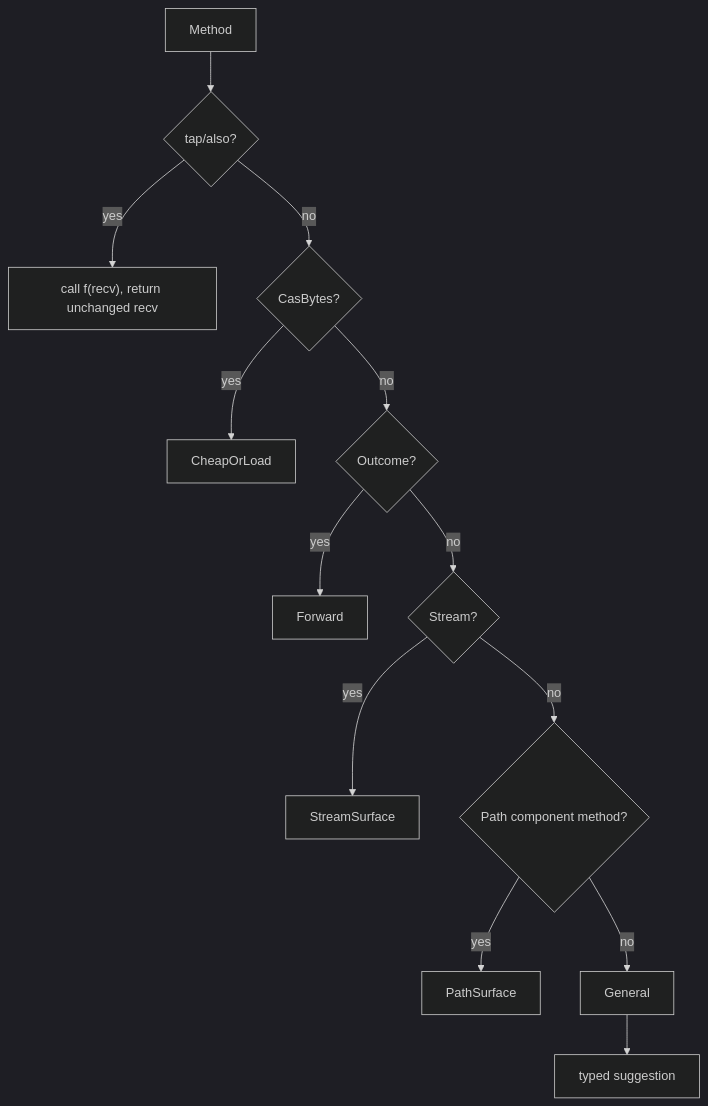
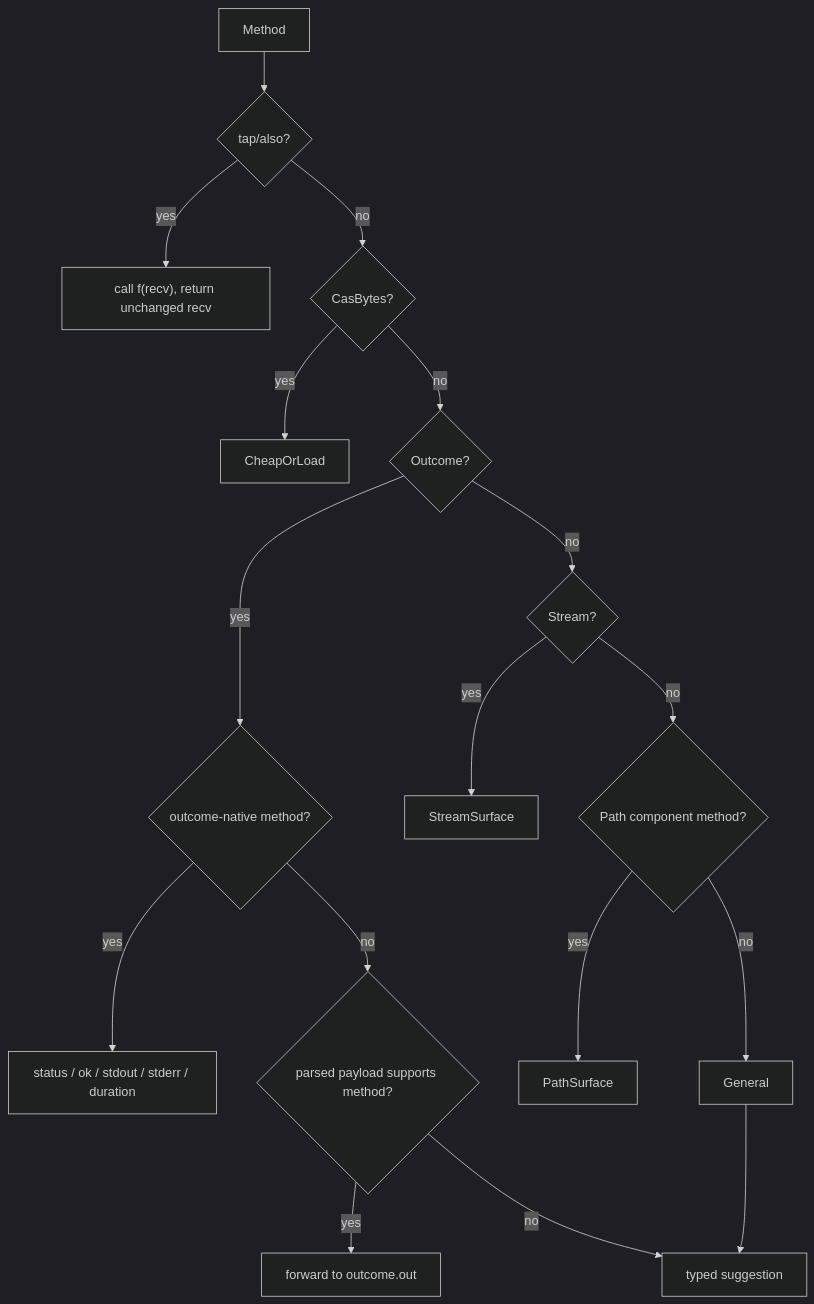
The second of 2 diagrams in site/content/internals/value-method-dispatch.md (alliecatowo/shoal), drawn with Mermaid (dark theme) before and after one commit. The commit also changed other lines of this file and 70 other files, not shown here.

Commit message:
docs: refine manual and architecture visuals

````diff
--- a/site/content/internals/value-method-dispatch.md
+++ b/site/content/internals/value-method-dispatch.md
@@ -61,15 +63,21 @@
 ```mermaid
 flowchart TD
+accTitle: Dispatch precedence
+accDescr: Method dispatch checks special wrappers and type surfaces in order; Outcome methods use metadata first and otherwise forward to their parsed payload before general lookup.
   Method --> Tap{"tap/also?"}
   Tap -->|yes| TapRun["call f(recv), return unchanged recv"]
   Tap -->|no| CAS{"CasBytes?"}
   CAS -->|yes| CheapOrLoad
   CAS -->|no| Outcome{"Outcome?"}
-  Outcome -->|yes| Forward
+  Outcome -->|yes| Native{"outcome-native method?"}
+  Native -->|yes| Metadata["status / ok / stdout / stderr / duration"]
+  Native -->|no| Parsed{"parsed payload supports method?"}
+  Parsed -->|yes| Forward["forward to outcome.out"]
+  Parsed -->|no| Unknown
   Outcome -->|no| Stream{"Stream?"}
   Stream -->|yes| StreamSurface
   Stream -->|no| Path{"Path component method?"}
   Path -->|yes| PathSurface
   Path -->|no| General
   General --> Unknown["typed suggestion"]
 ```
````
